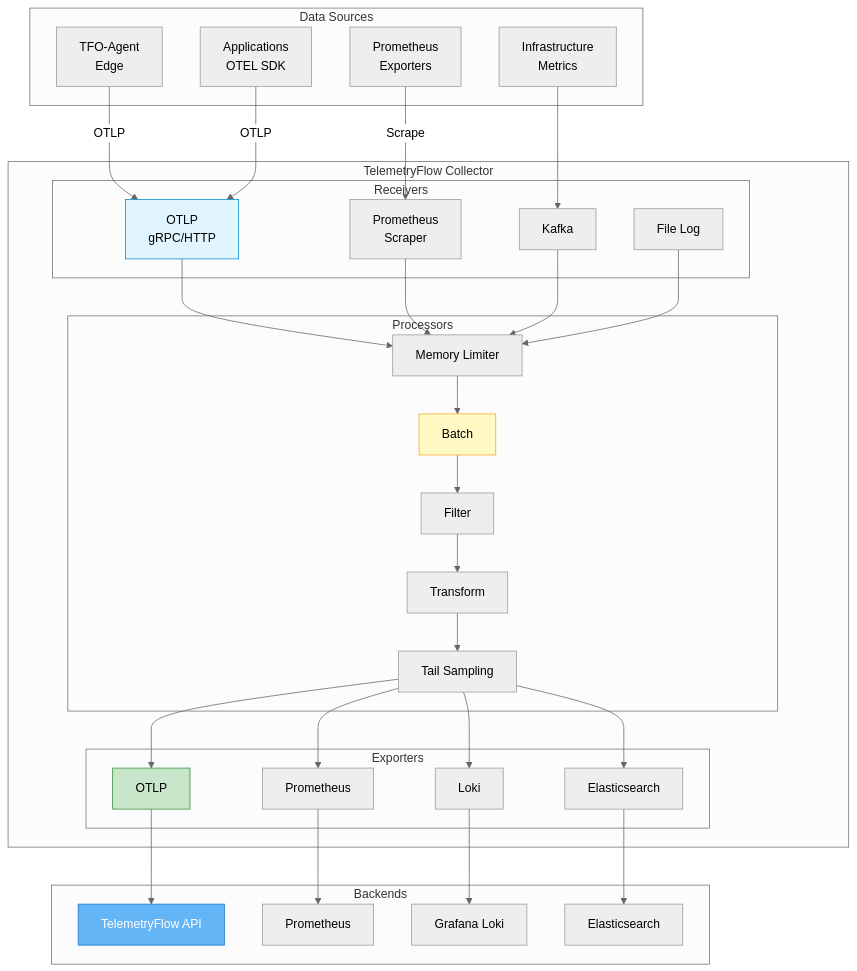
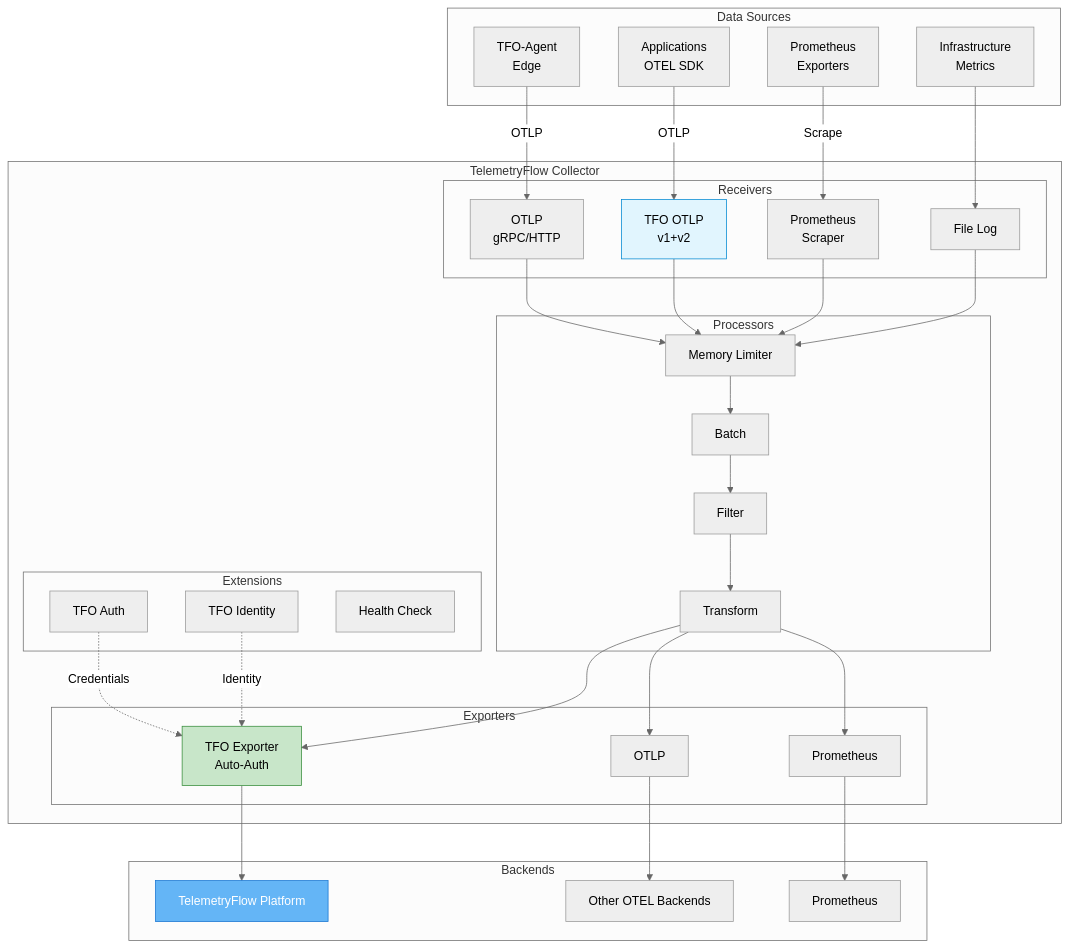
The diagram in docs/README.md (telemetryflow/telemetryflow-collector), drawn with Mermaid (neutral theme) before and after one commit. The commit also changed other lines of this file and 126 other files, not shown here.

````diff
--- a/docs/README.md
+++ b/docs/README.md
@@ -78,70 +83,72 @@
 ```mermaid
 graph TB
     subgraph "Data Sources"
         AGENT[TFO-Agent<br/>Edge]
         APP[Applications<br/>OTEL SDK]
         PROM[Prometheus<br/>Exporters]
         INFRA[Infrastructure<br/>Metrics]
     end
 
     subgraph "TelemetryFlow Collector"
         subgraph "Receivers"
             R_OTLP[OTLP<br/>gRPC/HTTP]
+            R_TFO[TFO OTLP<br/>v1+v2]
             R_PROM[Prometheus<br/>Scraper]
-            R_KAFKA[Kafka]
             R_FILE[File Log]
         end
 
         subgraph "Processors"
             P_MEM[Memory Limiter]
             P_BATCH[Batch]
             P_FILTER[Filter]
             P_TRANS[Transform]
-            P_SAMPLE[Tail Sampling]
         end
 
         subgraph "Exporters"
+            E_TFO[TFO Exporter<br/>Auto-Auth]
             E_OTLP[OTLP]
             E_PROM[Prometheus]
-            E_LOKI[Loki]
-            E_ES[Elasticsearch]
+        end
+
+        subgraph "Extensions"
+            EXT_AUTH[TFO Auth]
+            EXT_ID[TFO Identity]
+            EXT_HEALTH[Health Check]
         end
     end
 
     subgraph "Backends"
-        TFO[TelemetryFlow API]
+        TFO[TelemetryFlow Platform]
         PROMETHEUS[Prometheus]
-        LOKI[Grafana Loki]
-        ES[Elasticsearch]
+        OTHER[Other OTEL Backends]
     end
 
     AGENT -->|OTLP| R_OTLP
-    APP -->|OTLP| R_OTLP
+    APP -->|OTLP| R_TFO
     PROM -->|Scrape| R_PROM
-    INFRA --> R_KAFKA
+    INFRA --> R_FILE
 
     R_OTLP --> P_MEM
+    R_TFO --> P_MEM
     R_PROM --> P_MEM
-    R_KAFKA --> P_MEM
     R_FILE --> P_MEM
 
     P_MEM --> P_BATCH
     P_BATCH --> P_FILTER
     P_FILTER --> P_TRANS
-    P_TRANS --> P_SAMPLE
 
-    P_SAMPLE --> E_OTLP
-    P_SAMPLE --> E_PROM
-    P_SAMPLE --> E_LOKI
-    P_SAMPLE --> E_ES
+    P_TRANS --> E_TFO
+    P_TRANS --> E_OTLP
+    P_TRANS --> E_PROM
 
-    E_OTLP --> TFO
+    EXT_AUTH -.->|Credentials| E_TFO
+    EXT_ID -.->|Identity| E_TFO
+
+    E_TFO --> TFO
+    E_OTLP --> OTHER
     E_PROM --> PROMETHEUS
-    E_LOKI --> LOKI
-    E_ES --> ES
 
-    style R_OTLP fill:#E1F5FE,stroke:#0288D1
-    style P_BATCH fill:#FFF9C4,stroke:#F9A825
-    style E_OTLP fill:#C8E6C9,stroke:#388E3C
+    style R_TFO fill:#E1F5FE,stroke:#0288D1
+    style E_TFO fill:#C8E6C9,stroke:#388E3C
     style TFO fill:#64B5F6,stroke:#1976D2,color:#fff
 ```
````
